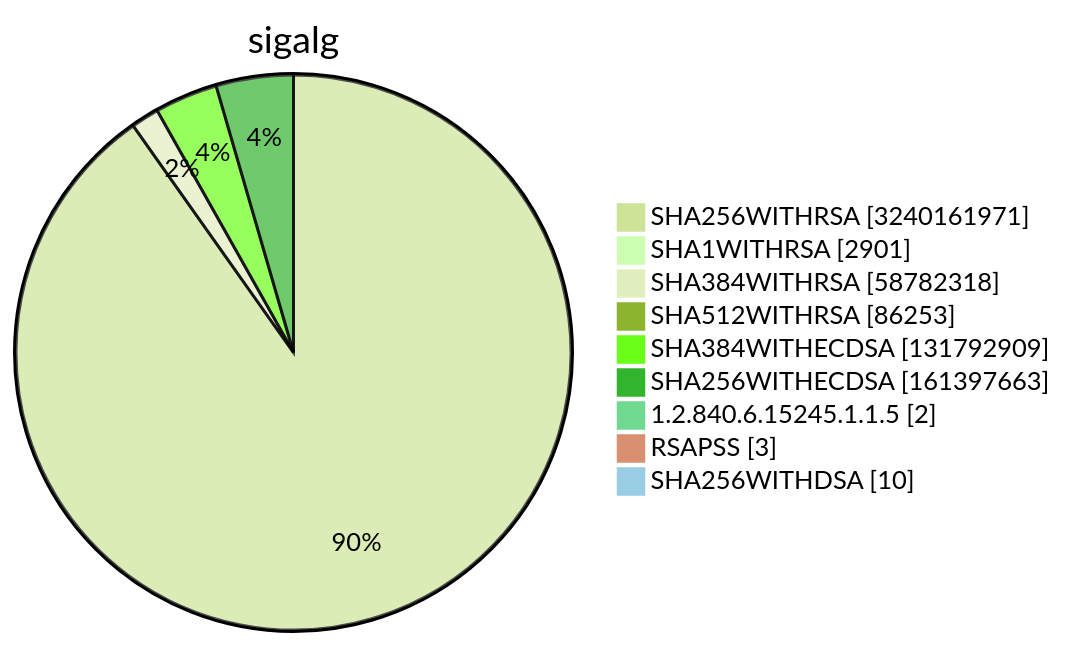
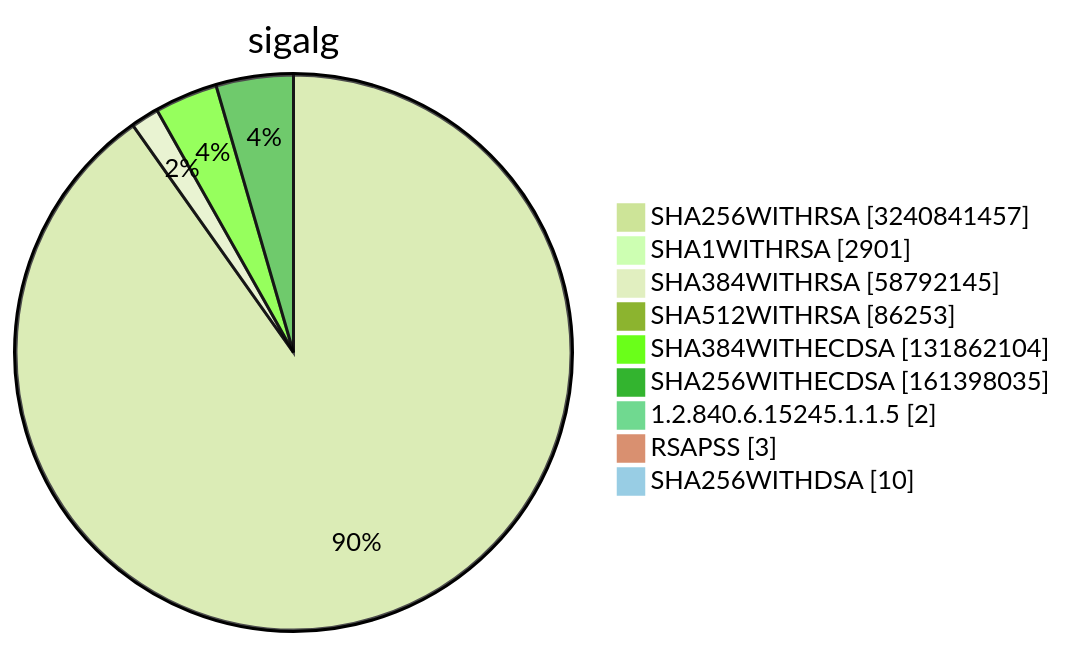
Diagram 15 of 15 in TOTAL/README.md (christiankrug/ctmonitor_visualization), drawn with Mermaid (forest theme) before and after one commit. The commit also changed other lines of this file, not shown here.

````diff
--- a/TOTAL/README.md
+++ b/TOTAL/README.md
@@ -6217,13 +6217,13 @@
 ```mermaid
 pie showData
 title sigalg
-"SHA256WITHRSA" :3240161971
+"SHA256WITHRSA" :3240841457
 "SHA1WITHRSA" :2901
-"SHA384WITHRSA" :58782318
+"SHA384WITHRSA" :58792145
 "SHA512WITHRSA" :86253
-"SHA384WITHECDSA" :131792909
-"SHA256WITHECDSA" :161397663
+"SHA384WITHECDSA" :131862104
+"SHA256WITHECDSA" :161398035
 "1.2.840.6.15245.1.1.5" :2
 "RSAPSS" :3
 "SHA256WITHDSA" :10
 ```
````
